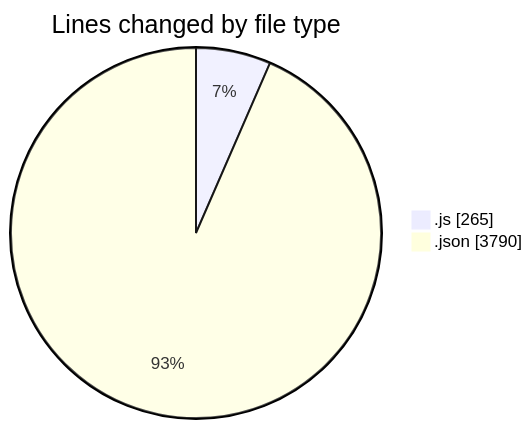
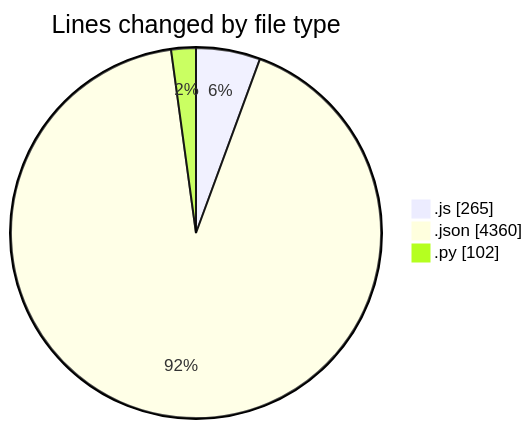
The first of 2 diagrams in 2025-04-09/nxtqube_webapp/README.md (nxtqubesakshisongat/code-tracking), drawn with Mermaid before and after one commit. The commit also changed other lines of this file and 1 other file, not shown here.

````diff
--- a/2025-04-09/nxtqube_webapp/README.md
+++ b/2025-04-09/nxtqube_webapp/README.md
@@ -23,6 +24,7 @@
 ```mermaid
 pie showData
 title Lines changed by file type
 ".js" : 265
-".json" : 3790
+".json" : 4360
+".py" : 102
 ```
````
